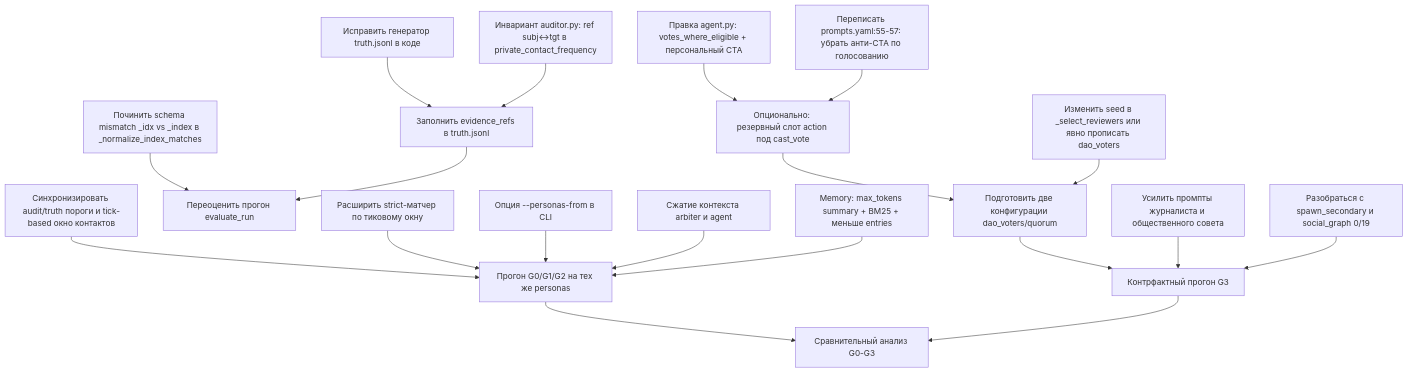
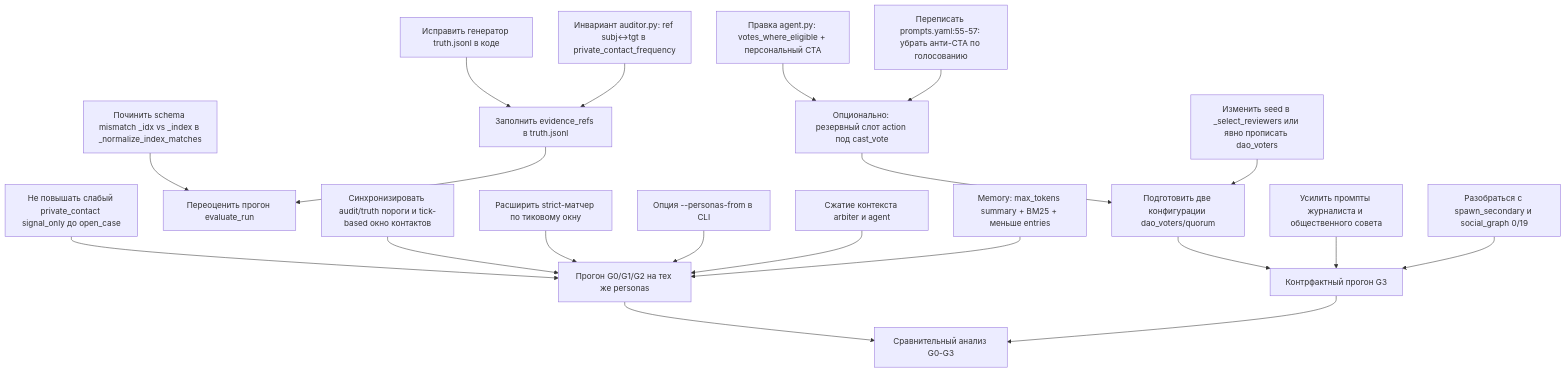
The diagram in docs/plans/overnight_g3_findings_and_next_steps.md (gliseop/SPHERE), drawn with Mermaid before and after one commit. The commit also changed other lines of this file, not shown here.

````diff
--- a/docs/plans/overnight_g3_findings_and_next_steps.md
+++ b/docs/plans/overnight_g3_findings_and_next_steps.md
@@ -133,21 +139,22 @@
 ```mermaid
 graph TD
     V0[Правка agent.py: votes_where_eligible + персональный CTA] --> V1[Опционально: резервный слот action под cast_vote]
     V0b[Переписать prompts.yaml:55-57: убрать анти-CTA по голосованию] --> V1
     V1 --> D[Подготовить две конфигурации dao_voters/quorum]
     Vs[Изменить seed в _select_reviewers или явно прописать dao_voters] --> D
     S0[Починить schema mismatch _idx vs _index в _normalize_index_matches] --> B
     A[Заполнить evidence_refs в truth.jsonl] --> B[Переоценить прогон evaluate_run]
     A2[Исправить генератор truth.jsonl в коде] --> A
     A3[Инвариант auditor.py: ref subj↔tgt в private_contact_frequency] --> A
+    R0[Не повышать слабый private_contact signal_only до open_case] --> F
     A4[Синхронизировать audit/truth пороги и tick-based окно контактов] --> F
     M[Расширить strict-матчер по тиковому окну] --> F
     E[Опция --personas-from в CLI] --> F[Прогон G0/G1/G2 на тех же personas]
     G[Сжатие контекста arbiter и agent] --> F
     H[Memory: max_tokens summary + BM25 + меньше entries] --> F
     D --> I[Контрфактный прогон G3]
     F --> J[Сравнительный анализ G0-G3]
     I --> J
     K[Усилить промпты журналиста и общественного совета] --> I
     Sp[Разобраться с spawn_secondary и social_graph 0/19] --> I
 ```
````
